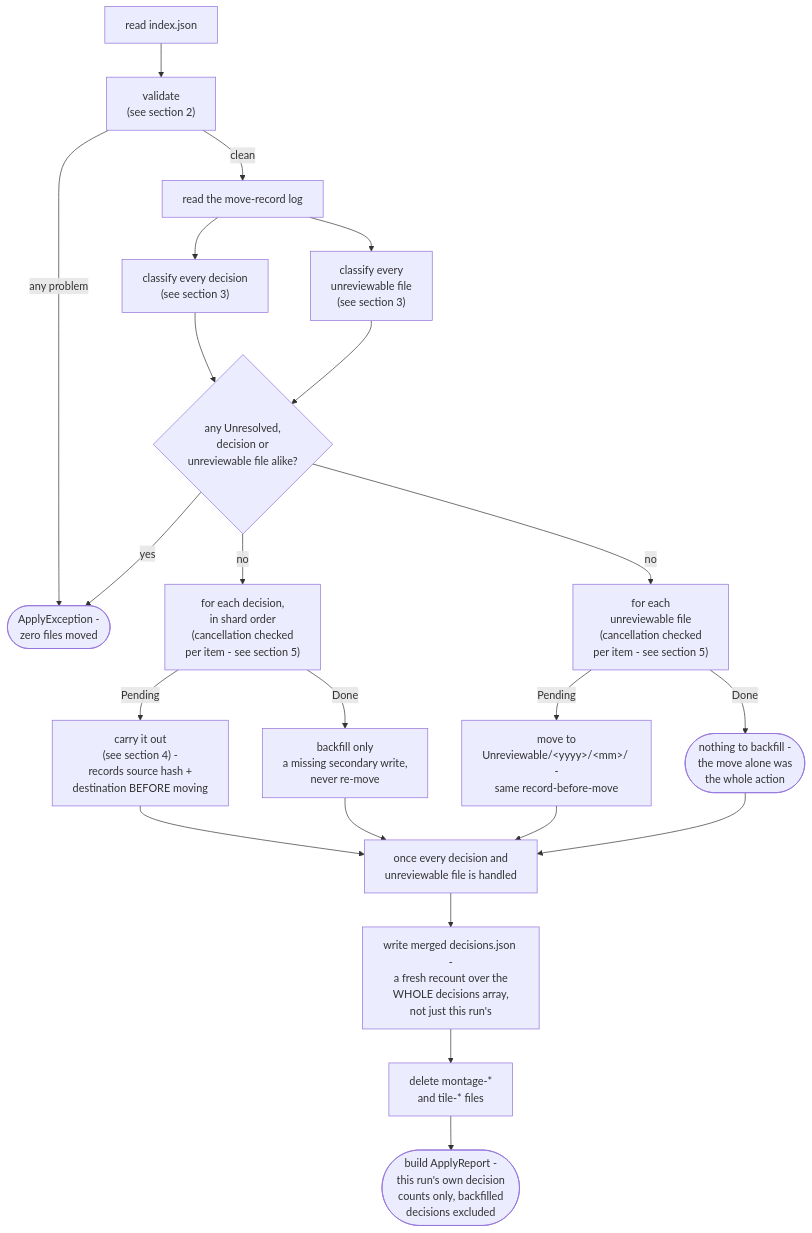
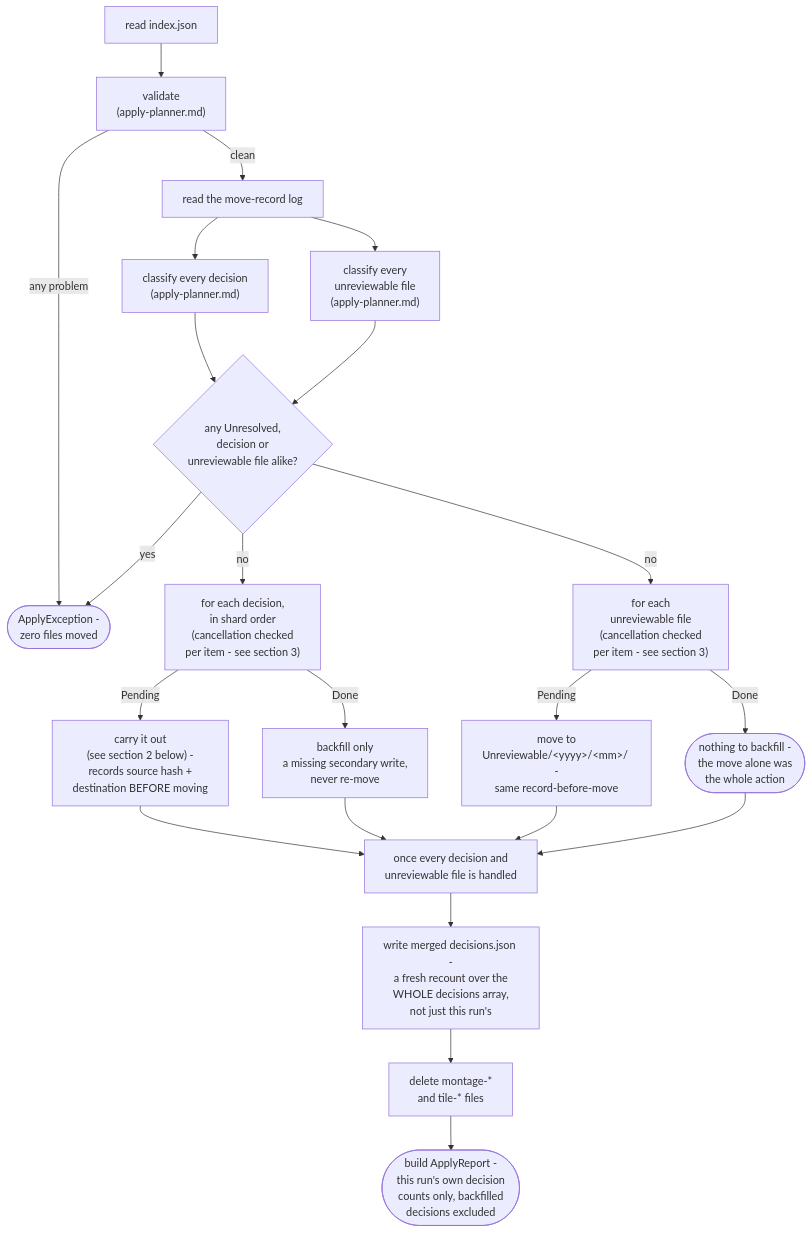
One commit to AdrianNachev91/sluice changed the first of 3 diagrams in app/docs/design/application/service/apply-engine.md. Above: the diagram before and after it, drawn with Mermaid. The commit also changed other lines of this file and 45 other files, not shown here.

````diff
--- a/app/docs/design/application/service/apply-engine.md
+++ b/app/docs/design/application/service/apply-engine.md
@@ -10,24 +10,24 @@
 ```mermaid
 flowchart TD
-    A["read index.json"] --> B["validate<br/>(see section 2)"]
+    A["read index.json"] --> B["validate<br/>(apply-planner.md)"]
     B -- any problem --> Z(["ApplyException -<br/>zero files moved"])
     B -- clean --> C["read the move-record log"]
-    C --> D["classify every decision<br/>(see section 3)"]
-    C --> D2["classify every<br/>unreviewable file<br/>(see section 3)"]
+    C --> D["classify every decision<br/>(apply-planner.md)"]
+    C --> D2["classify every<br/>unreviewable file<br/>(apply-planner.md)"]
     D --> F{"any Unresolved,<br/>decision or<br/>unreviewable file alike?"}
     D2 --> F
     F -- yes --> Z
-    F -- no --> E["for each decision,<br/>in shard order<br/>(cancellation checked<br/>per item - see section 5)"]
-    F -- no --> E2["for each<br/>unreviewable file<br/>(cancellation checked<br/>per item - see section 5)"]
-    E -- Pending --> G["carry it out<br/>(see section 4) -<br/>records source hash +<br/>destination BEFORE moving"]
+    F -- no --> E["for each decision,<br/>in shard order<br/>(cancellation checked<br/>per item - see section 3)"]
+    F -- no --> E2["for each<br/>unreviewable file<br/>(cancellation checked<br/>per item - see section 3)"]
+    E -- Pending --> G["carry it out<br/>(see section 2 below) -<br/>records source hash +<br/>destination BEFORE moving"]
     E -- Done --> H["backfill only<br/>a missing secondary write,<br/>never re-move"]
     E2 -- Pending --> G2["move to<br/>Unreviewable/&lt;yyyy&gt;/&lt;mm&gt;/ -<br/>same record-before-move"]
     E2 -- Done --> H2(["nothing to backfill -<br/>the move alone was<br/>the whole action"])
     G --> I["once every decision and<br/>unreviewable file is handled"]
     H --> I
     G2 --> I
     H2 --> I
     I --> J["write merged decisions.json -<br/>a fresh recount over the<br/>WHOLE decisions array,<br/>not just this run's"]
     J --> K["delete montage-*<br/>and tile-* files"]
     K --> L(["build ApplyReport -<br/>this run's own decision<br/>counts only, backfilled<br/>decisions excluded"])
 ```
````
